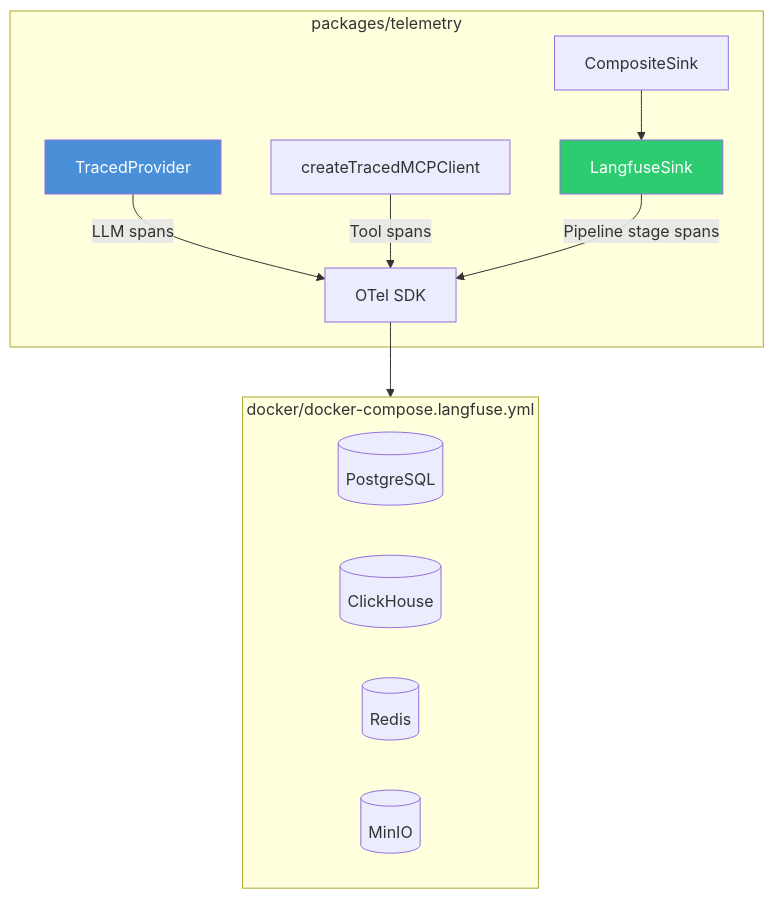
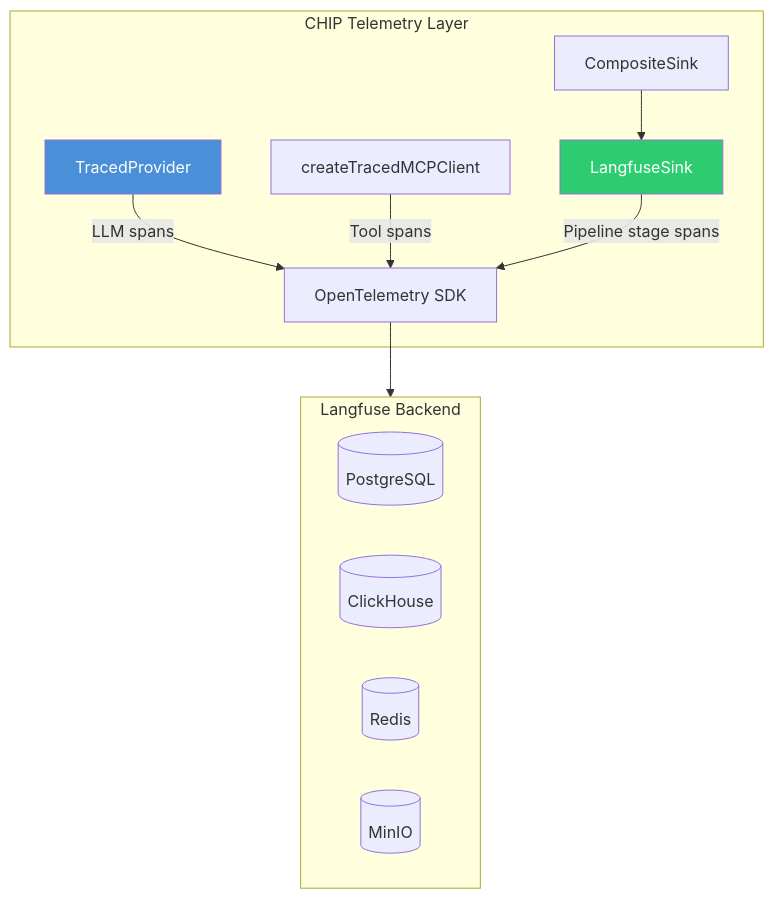
Before and after one commit to praveen-gottala/sdlc-agent-swarms: the diagram in docs/concepts/observability.md, drawn with Mermaid. The commit also changed other lines of this file and 200 other files, not shown here.

````diff
--- a/docs/concepts/observability.md
+++ b/docs/concepts/observability.md
@@ -9,21 +17,22 @@
 ```mermaid
 graph TB
-    subgraph App ["packages/telemetry"]
-        TP[TracedProvider] -->|LLM spans| OTel[OTel SDK]
+    subgraph App ["CHIP Telemetry Layer"]
+        TP[TracedProvider] -->|LLM spans| OTel[OpenTelemetry SDK]
         MCP[createTracedMCPClient] -->|Tool spans| OTel
         LS[LangfuseSink] -->|Pipeline stage spans| OTel
         CS[CompositeSink] --> LS
     end
 
     OTel --> LF[Langfuse Self-Hosted]
 
-    subgraph LF ["docker/docker-compose.langfuse.yml"]
+    subgraph LF ["Langfuse Backend"]
         PG[(PostgreSQL)]
         CH[(ClickHouse)]
         RD[(Redis)]
         MO[(MinIO)]
     end
 
     style TP fill:#4A90D9,color:#fff
     style LS fill:#2ECC71,color:#fff
+    %% Blue (#4A90D9) = LLM tracing, Green (#2ECC71) = pipeline lifecycle
 ```
````
